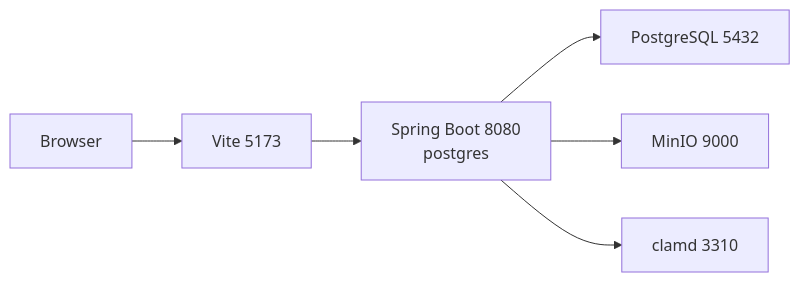
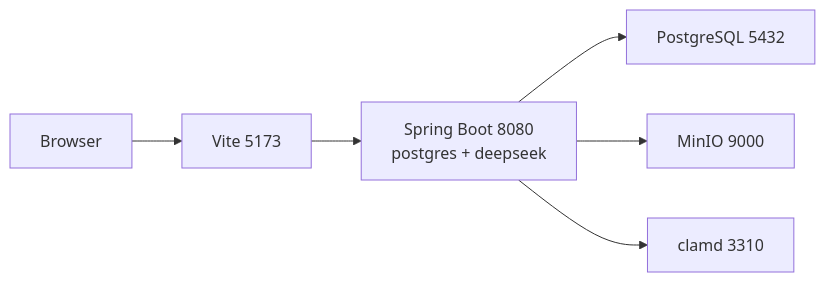
One commit to JaryLee/medical-agent changed diagram 12 of 13 in doc/架构设计/系统详细架构设计.md. Above: the diagram before and after it, drawn with Mermaid. The commit also changed other lines of this file and 42 other files, not shown here.

````diff
--- a/doc/架构设计/系统详细架构设计.md
+++ b/doc/架构设计/系统详细架构设计.md
@@ -939,8 +959,8 @@
 ```mermaid
 flowchart LR
     Browser --> Vite["Vite 5173"]
-    Vite --> Boot["Spring Boot 8080\npostgres"]
+    Vite --> Boot["Spring Boot 8080\npostgres + deepseek"]
     Boot --> PG["PostgreSQL 5432"]
     Boot --> MinIO["MinIO 9000"]
     Boot --> Clam["clamd 3310"]
 ```
````
